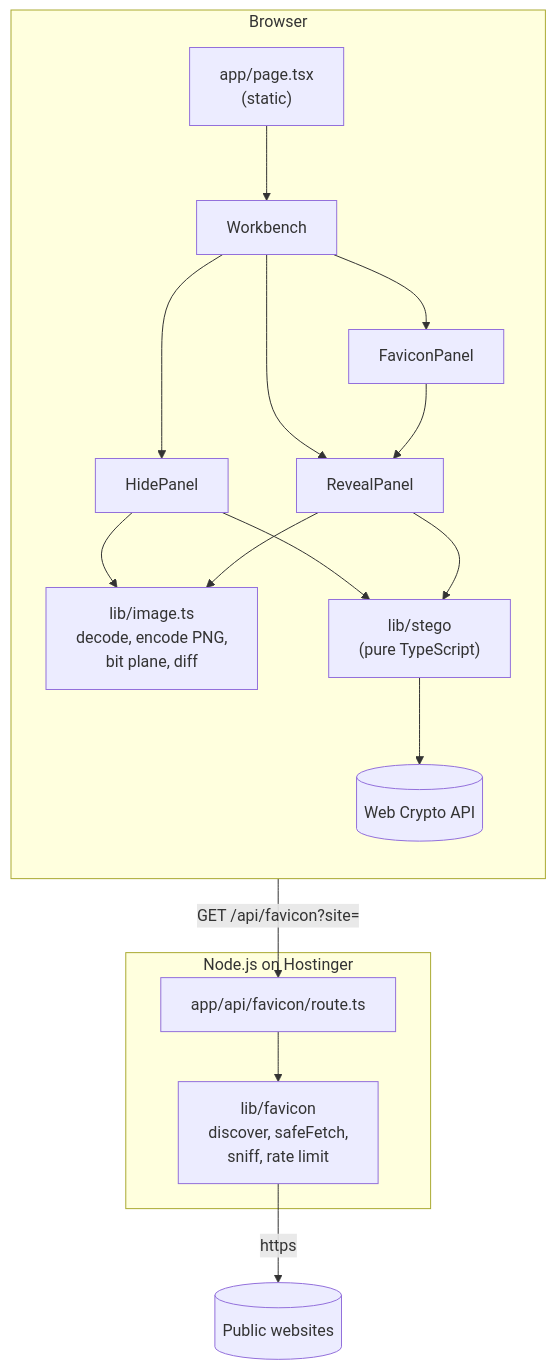
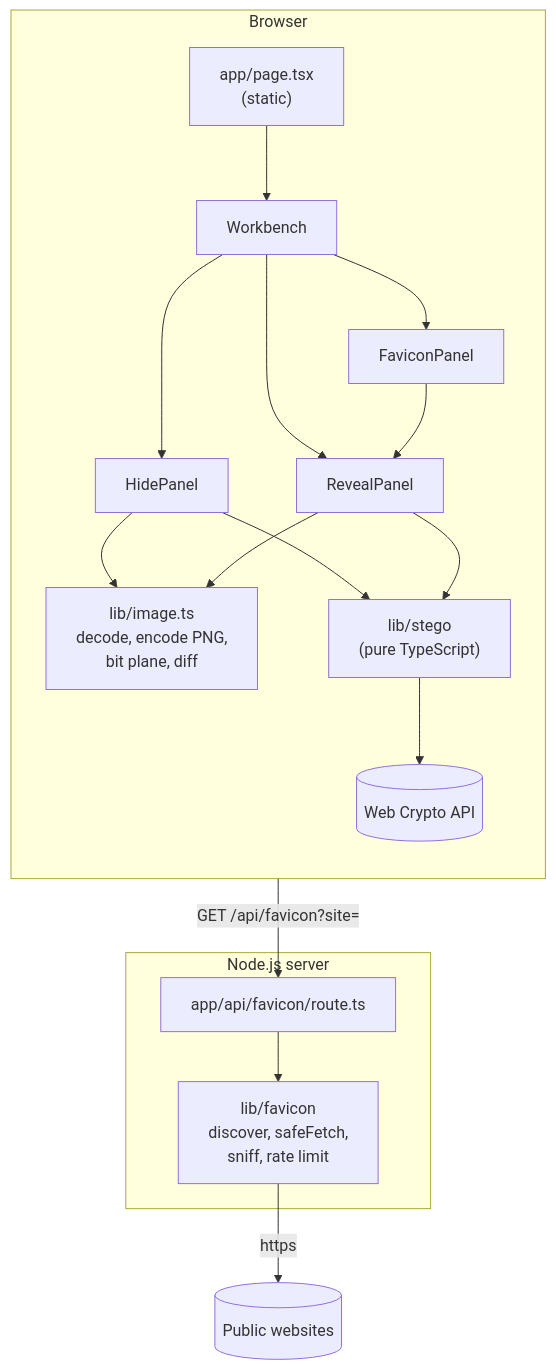
One commit to evansem/steganography changed the first of 3 diagrams in docs/architecture.md. Above: the diagram before and after it, drawn with Mermaid. The commit also changed 6 other files, not shown here.

````diff
--- a/docs/architecture.md
+++ b/docs/architecture.md
@@ -7,17 +7,17 @@
 ```mermaid
 flowchart TB
   subgraph Browser
     direction TB
     Page["app/page.tsx<br/>(static)"] --> Workbench
     Workbench --> HidePanel & RevealPanel & FaviconPanel
     HidePanel & RevealPanel --> ImageIO["lib/image.ts<br/>decode, encode PNG,<br/>bit plane, diff"]
     HidePanel & RevealPanel --> Stego["lib/stego<br/>(pure TypeScript)"]
     Stego --> WebCrypto[(Web Crypto API)]
     FaviconPanel --> RevealPanel
   end
-  subgraph Server["Node.js on Hostinger"]
+  subgraph Server["Node.js server"]
     Route["app/api/favicon/route.ts"] --> Favicon["lib/favicon<br/>discover, safeFetch,<br/>sniff, rate limit"]
   end
   FaviconPanel -- "GET /api/favicon?site=" --> Route
   Favicon -- "https" --> Web[(Public websites)]
 ```
````
